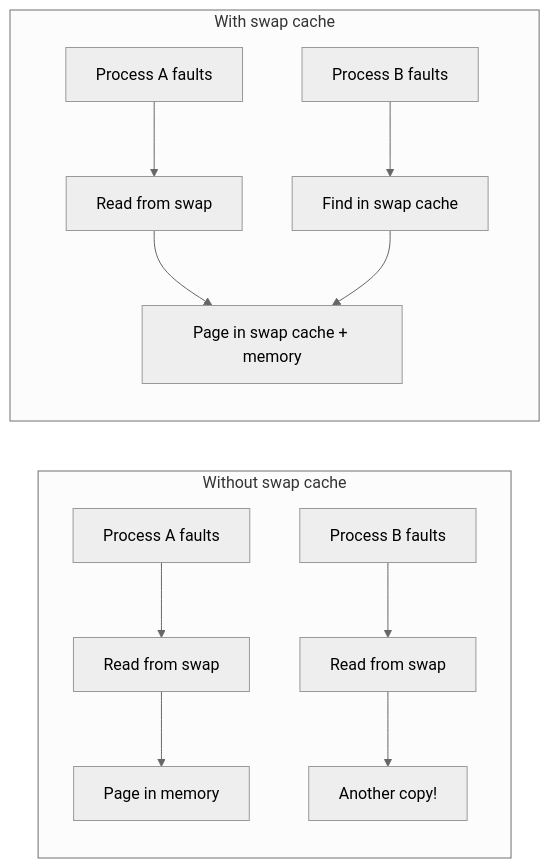
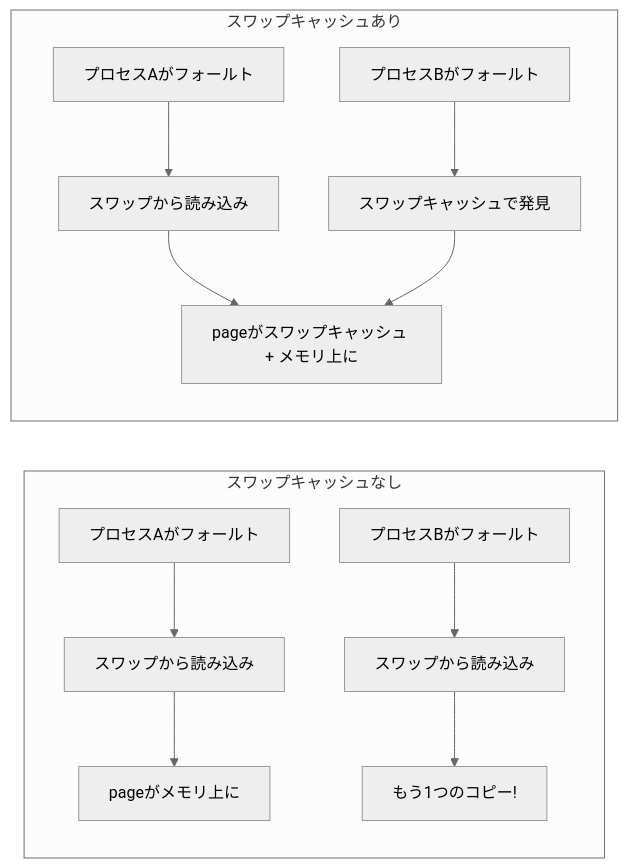
One commit to doguto/linux-kernel-internals-jp changed diagram 12 of 15 in docs/mm/life-of-page.md. Above: the diagram before and after it, drawn with Mermaid (neutral theme). The commit also changed other lines of this file and 27 other files, not shown here.

````diff
--- a/docs/mm/life-of-page.md
+++ b/docs/mm/life-of-page.md
@@ -351,12 +351,12 @@
 ```mermaid
 flowchart LR
-    subgraph without["Without swap cache"]
-        WA["Process A faults"] --> WR1["Read from swap"] --> WM1["Page in memory"]
-        WB["Process B faults"] --> WR2["Read from swap"] --> WM2["Another copy!"]
+    subgraph without["スワップキャッシュなし"]
+        WA["プロセスAがフォールト"] --> WR1["スワップから読み込み"] --> WM1["pageがメモリ上に"]
+        WB["プロセスBがフォールト"] --> WR2["スワップから読み込み"] --> WM2["もう1つのコピー!"]
     end
 
-    subgraph with["With swap cache"]
-        XA["Process A faults"] --> XR["Read from swap"] --> XC["Page in swap cache + memory"]
-        XB["Process B faults"] --> XF["Find in swap cache"] --> XC
+    subgraph with["スワップキャッシュあり"]
+        XA["プロセスAがフォールト"] --> XR["スワップから読み込み"] --> XC["pageがスワップキャッシュ + メモリ上に"]
+        XB["プロセスBがフォールト"] --> XF["スワップキャッシュで発見"] --> XC
     end
 ```
````
